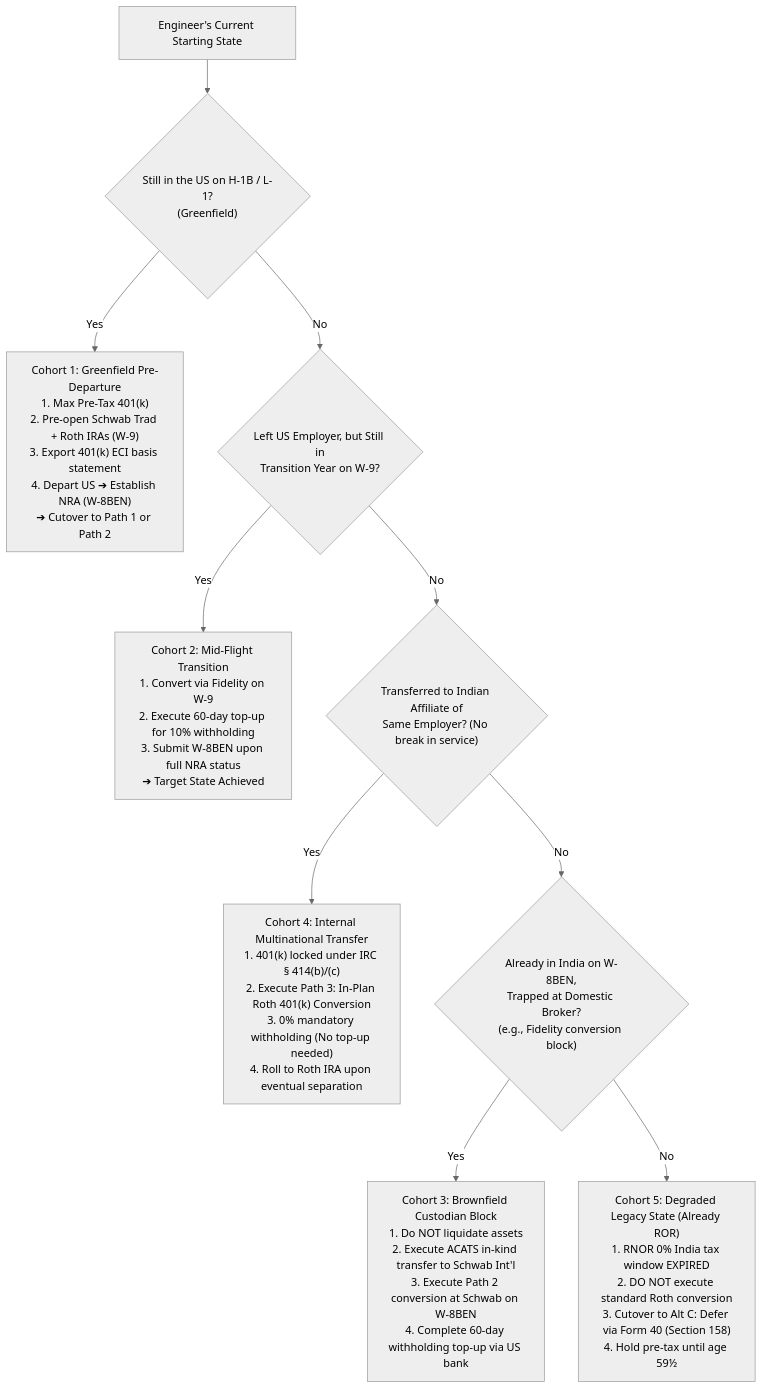
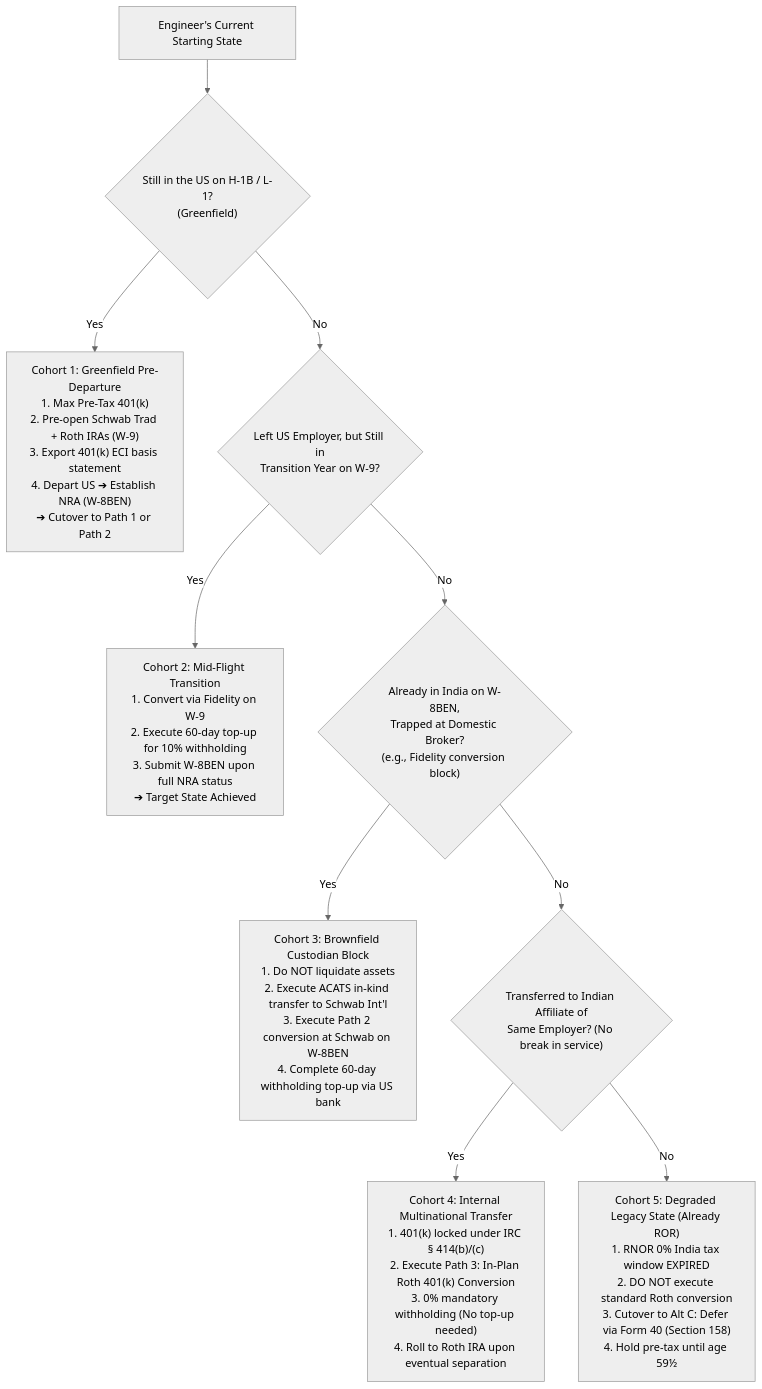
The fourth of 4 diagrams in TECHNICAL_DESIGN_DOCUMENT.md (mradityagoyal/us-india-401k-blueprint), drawn with Mermaid (neutral theme) before and after one commit. The commit also changed other lines of this file and 1 other file, not shown here.

````diff
--- a/TECHNICAL_DESIGN_DOCUMENT.md
+++ b/TECHNICAL_DESIGN_DOCUMENT.md
@@ -622,20 +629,20 @@
 ```mermaid
 flowchart TD
     Start["Engineer's Current Starting State"] --> C1{"Still in the US on H-1B / L-1?<br/>(Greenfield)"}
   
     C1 -- Yes --> M1["Cohort 1: Greenfield Pre-Departure<br/>1. Max Pre-Tax 401(k)<br/>2. Pre-open Schwab Trad + Roth IRAs (W-9)<br/>3. Export 401(k) ECI basis statement<br/>4. Depart US ➔ Establish NRA (W-8BEN)<br/>➔ Cutover to Path 1 or Path 2"]
   
     C1 -- No --> C2{"Left US Employer, but Still in<br/>Transition Year on W-9?"}
   
     C2 -- Yes --> M2["Cohort 2: Mid-Flight Transition<br/>1. Convert via Fidelity on W-9<br/>2. Execute 60-day top-up for 10% withholding<br/>3. Submit W-8BEN upon full NRA status<br/>➔ Target State Achieved"]
   
-    C2 -- No --> C3{"Transferred to Indian Affiliate of<br/>Same Employer? (No break in service)"}
+    C2 -- No --> C3{"Already in India on W-8BEN,<br/>Trapped at Domestic Broker?<br/>(e.g., Fidelity conversion block)"}
   
-    C3 -- Yes --> M3["Cohort 4: Internal Multinational Transfer<br/>1. 401(k) locked under IRC § 414(b)/(c)<br/>2. Execute Path 3: In-Plan Roth 401(k) Conversion<br/>3. 0% mandatory withholding (No top-up needed)<br/>4. Roll to Roth IRA upon eventual separation"]
+    C3 -- Yes --> M3["Cohort 3: Brownfield Custodian Block<br/>1. Do NOT liquidate assets<br/>2. Execute ACATS in-kind transfer to Schwab Int'l<br/>3. Execute Path 2 conversion at Schwab on W-8BEN<br/>4. Complete 60-day withholding top-up via US bank"]
   
-    C3 -- No --> C4{"Already in India on W-8BEN,<br/>Trapped at Domestic Broker?<br/>(e.g., Fidelity conversion block)"}
+    C3 -- No --> C4{"Transferred to Indian Affiliate of<br/>Same Employer? (No break in service)"}
   
-    C4 -- Yes --> M4["Cohort 3: Brownfield Custodian Block<br/>1. Do NOT liquidate assets<br/>2. Execute ACATS in-kind transfer to Schwab Int'l<br/>3. Execute Path 2 conversion at Schwab on W-8BEN<br/>4. Complete 60-day withholding top-up via US bank"]
+    C4 -- Yes --> M4["Cohort 4: Internal Multinational Transfer<br/>1. 401(k) locked under IRC § 414(b)/(c)<br/>2. Execute Path 3: In-Plan Roth 401(k) Conversion<br/>3. 0% mandatory withholding (No top-up needed)<br/>4. Roll to Roth IRA upon eventual separation"]
   
     C4 -- No --> M5["Cohort 5: Degraded Legacy State (Already ROR)<br/>1. RNOR 0% India tax window EXPIRED<br/>2. DO NOT execute standard Roth conversion<br/>3. Cutover to Alt C: Defer via Form 40 (Section 158)<br/>4. Hold pre-tax until age 59½"]
 ```
````
